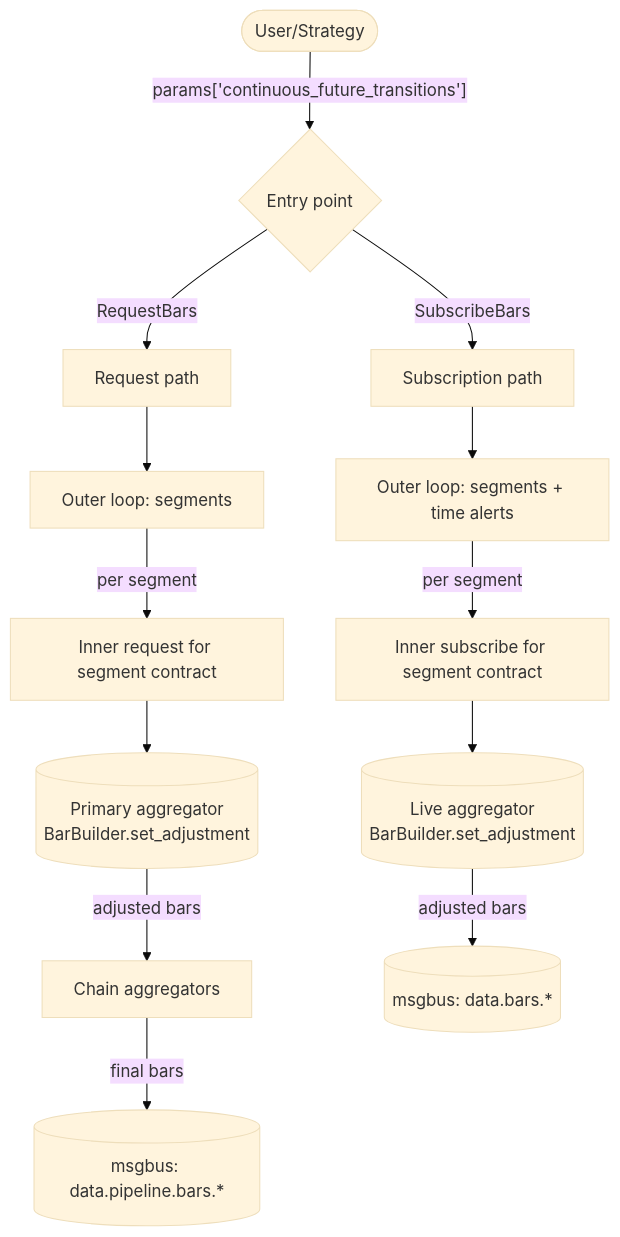
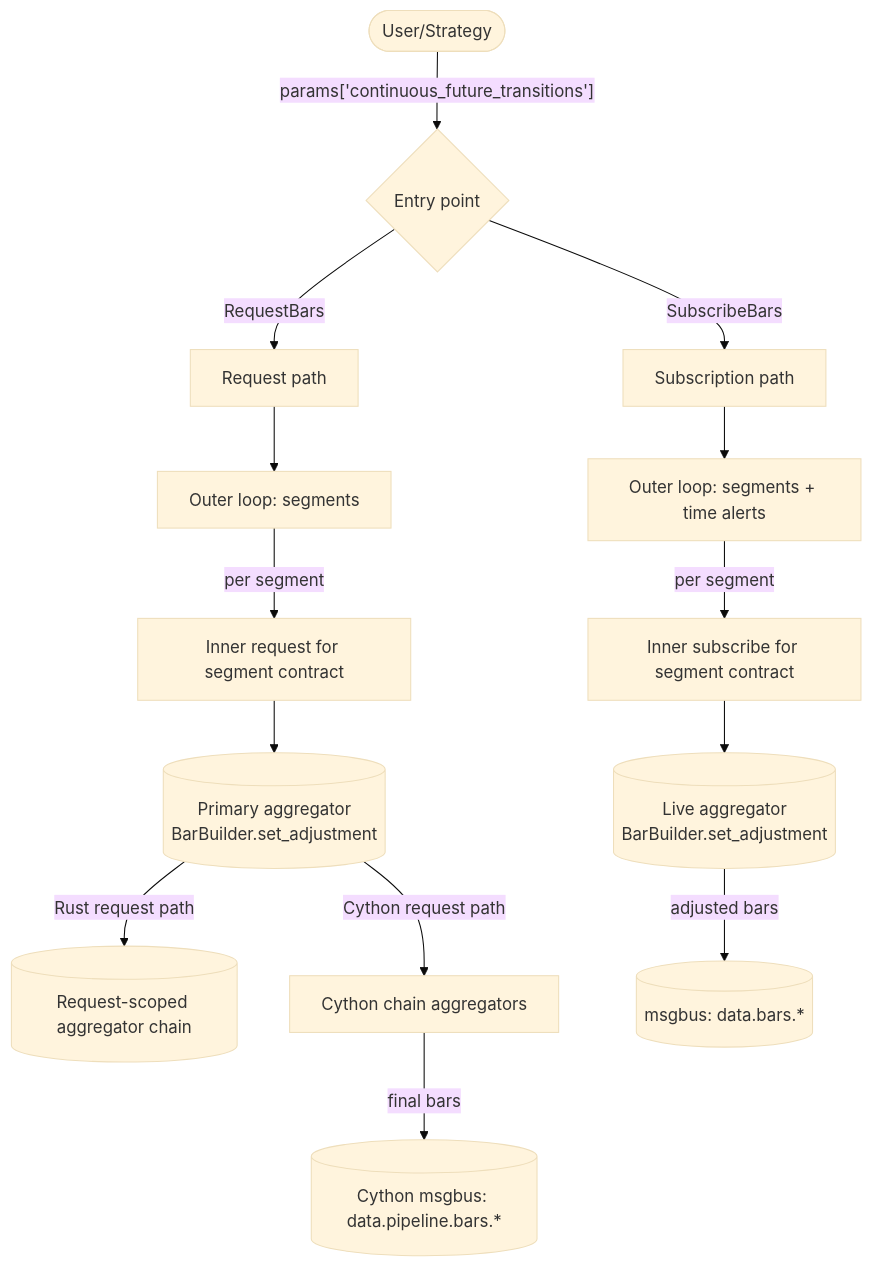
The first of 5 diagrams in docs/concepts/continuous_futures.md (nautechsystems/nautilus_trader), drawn with Mermaid (base theme) before and after one commit. The commit also changed other lines of this file and 5 other files, not shown here.

First line of the commit message:
Add DataEngine continuous futures requests in Rust

````diff
--- a/docs/concepts/continuous_futures.md
+++ b/docs/concepts/continuous_futures.md
@@ -127,19 +128,20 @@
 ```mermaid
 flowchart TD
     User([User/Strategy]) -->|"params['continuous_future_transitions']"| Entry{"Entry point"}
     Entry -->|RequestBars| ReqPath[Request path]
     Entry -->|SubscribeBars| SubPath[Subscription path]
 
     ReqPath --> OuterReq[Outer loop: segments]
     SubPath --> OuterSub[Outer loop: segments + time alerts]
 
     OuterReq -->|per segment| SubReq[Inner request for segment contract]
     OuterSub -->|per segment| LiveSub[Inner subscribe for segment contract]
 
     SubReq --> Agg[(Primary aggregator<br/>BarBuilder.set_adjustment)]
     LiveSub --> Agg2[(Live aggregator<br/>BarBuilder.set_adjustment)]
 
-    Agg -->|adjusted bars| Chain[Chain aggregators]
+    Agg -->|Rust request path| ReqAgg[(Request-scoped aggregator chain)]
+    Agg -->|Cython request path| Chain[Cython chain aggregators]
     Agg2 -->|adjusted bars| MsgBus[(msgbus: data.bars.*)]
-    Chain -->|final bars| PipelineBus[(msgbus: data.pipeline.bars.*)]
+    Chain -->|final bars| PipelineBus[(Cython msgbus: data.pipeline.bars.*)]
 ```
````
